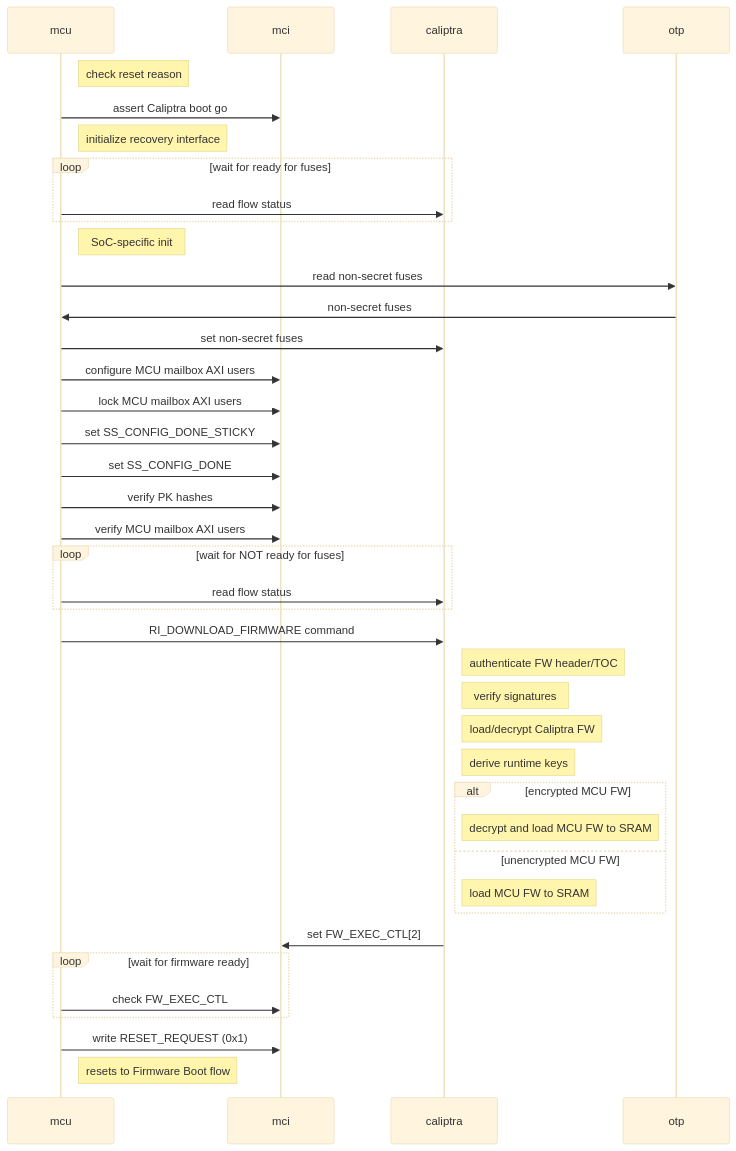
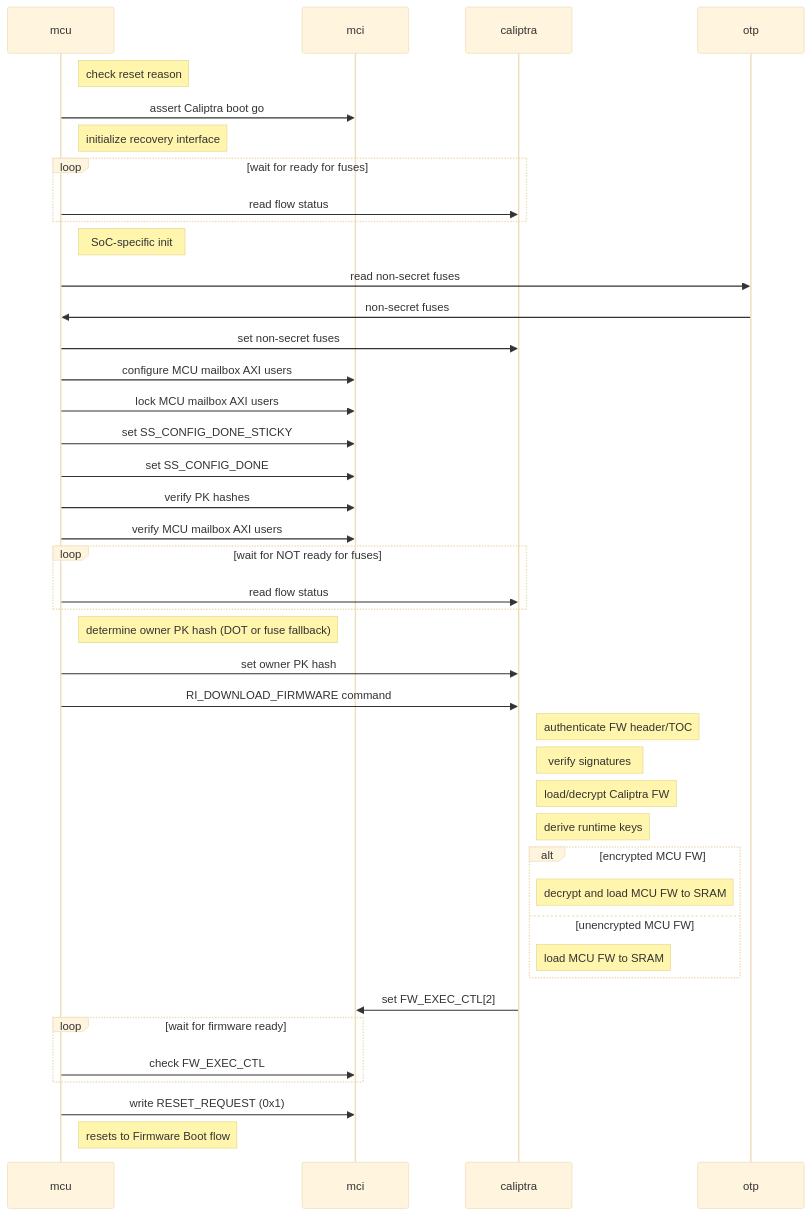
Before and after one commit to chipsalliance/caliptra-mcu-sw: the first of 4 diagrams in docs/src/rom.md, drawn with Mermaid (base theme). The commit also changed other lines of this file and 2 other files, not shown here.

First line of the commit message:
docs: Start integrator's guide and add owner PK hash spec

````diff
--- a/docs/src/rom.md
+++ b/docs/src/rom.md
@@ -80,38 +91,40 @@
 ```mermaid
 sequenceDiagram
     note right of mcu: check reset reason
     mcu->>mci: assert Caliptra boot go
     note right of mcu: initialize recovery interface
     loop wait for ready for fuses
     mcu->>caliptra: read flow status
     end
     note right of mcu: SoC-specific init
     mcu->>otp: read non-secret fuses
     otp->>mcu: non-secret fuses
     mcu->>caliptra: set non-secret fuses
     mcu->>mci: configure MCU mailbox AXI users
     mcu->>mci: lock MCU mailbox AXI users
     mcu->>mci: set SS_CONFIG_DONE_STICKY
     mcu->>mci: set SS_CONFIG_DONE
     mcu->>mci: verify PK hashes
     mcu->>mci: verify MCU mailbox AXI users
     loop wait for NOT ready for fuses
     mcu->>caliptra: read flow status
     end
+    note right of mcu: determine owner PK hash (DOT or fuse fallback)
+    mcu->>caliptra: set owner PK hash
     mcu->>caliptra: RI_DOWNLOAD_FIRMWARE command
     note right of caliptra: authenticate FW header/TOC
     note right of caliptra: verify signatures
     note right of caliptra: load/decrypt Caliptra FW
     note right of caliptra: derive runtime keys
     alt encrypted MCU FW
         note right of caliptra: decrypt and load MCU FW to SRAM
     else unencrypted MCU FW
         note right of caliptra: load MCU FW to SRAM
     end
     caliptra->>mci: set FW_EXEC_CTL[2]
     loop wait for firmware ready
     mcu->>mci: check FW_EXEC_CTL
     end
     mcu->>mci: write RESET_REQUEST (0x1)
     note right of mcu: resets to Firmware Boot flow
 ```
````
